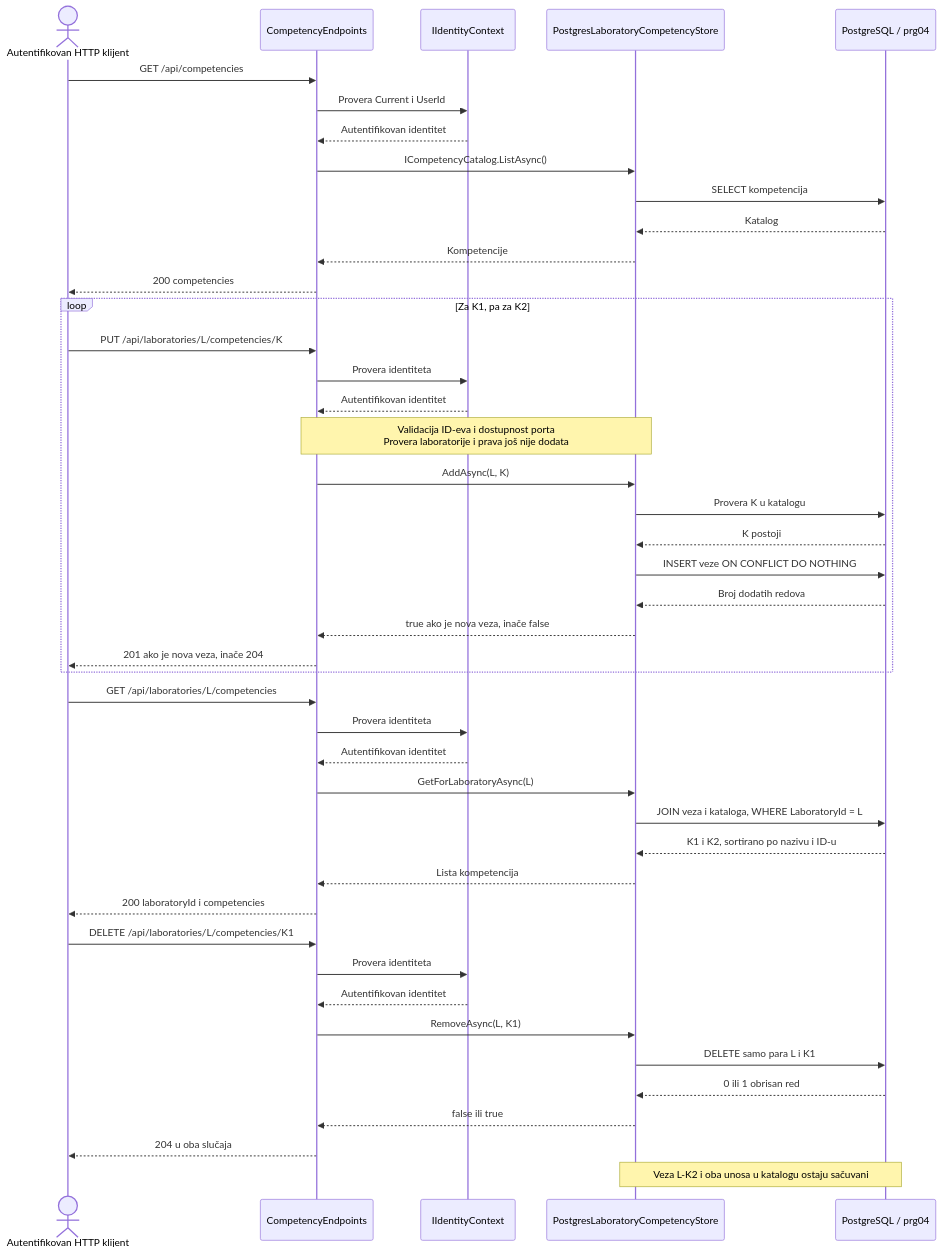
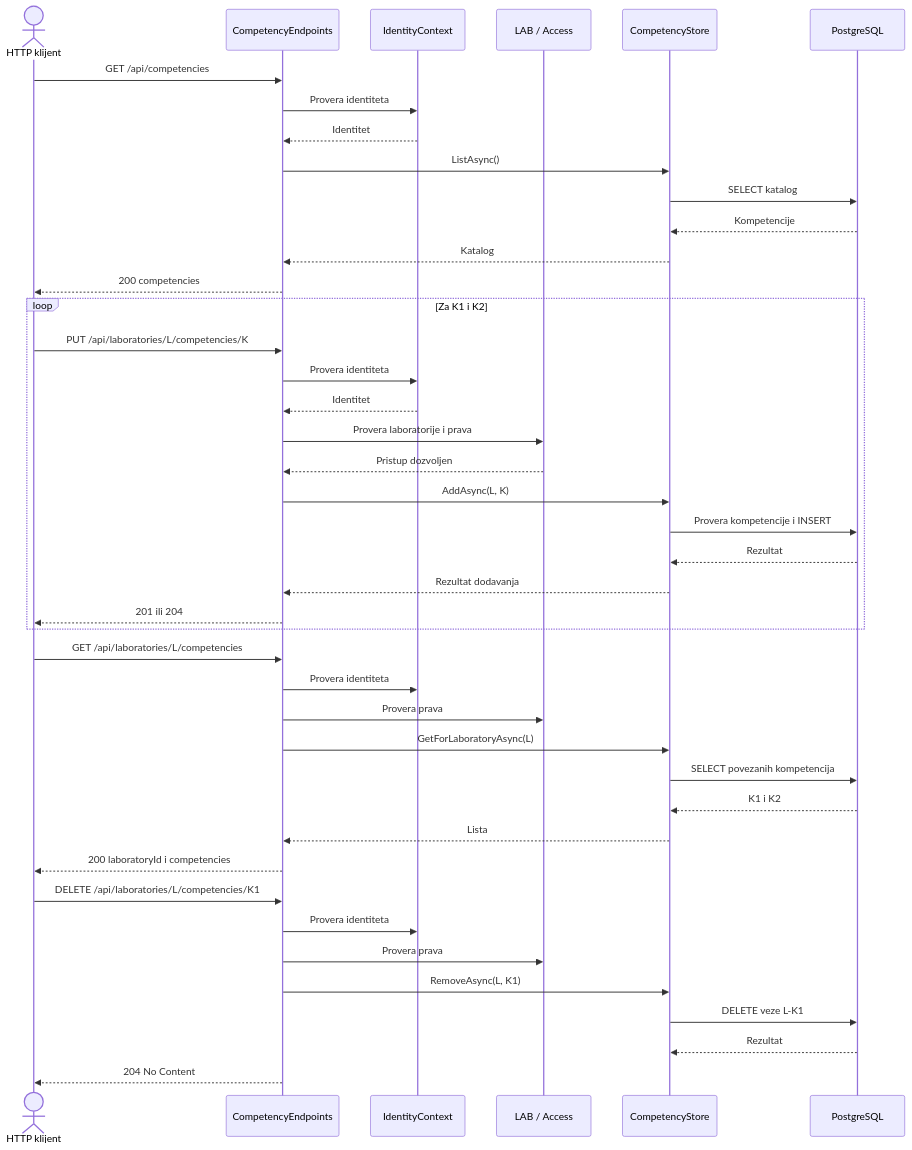
One commit to owlCoder/security-lab changed the second of 2 diagrams in docs/components/PRG-04-mapping.md. Above: the diagram before and after it, drawn with Mermaid. The commit also changed other lines of this file and 1 other file, not shown here.

Commit message:
docs: revise PRG-04 architecture documentation

````diff
--- a/docs/components/PRG-04-mapping.md
+++ b/docs/components/PRG-04-mapping.md
@@ -55,50 +68,48 @@
 ```mermaid
 sequenceDiagram
-  actor C as Autentifikovan HTTP klijent
+  actor C as HTTP klijent
   participant E as CompetencyEndpoints
-  participant I as IIdentityContext
-  participant S as PostgresLaboratoryCompetencyStore
-  participant DB as PostgreSQL / prg04
+  participant I as IdentityContext
+  participant A as LAB / Access
+  participant S as CompetencyStore
+  participant DB as PostgreSQL
 
   C->>E: GET /api/competencies
-  E->>I: Provera Current i UserId
-  I-->>E: Autentifikovan identitet
-  E->>S: ICompetencyCatalog.ListAsync()
-  S->>DB: SELECT kompetencija
-  DB-->>S: Katalog
-  S-->>E: Kompetencije
+  E->>I: Provera identiteta
+  I-->>E: Identitet
+  E->>S: ListAsync()
+  S->>DB: SELECT katalog
+  DB-->>S: Kompetencije
+  S-->>E: Katalog
   E-->>C: 200 competencies
 
-  loop Za K1, pa za K2
+  loop Za K1 i K2
     C->>E: PUT /api/laboratories/L/competencies/K
     E->>I: Provera identiteta
-    I-->>E: Autentifikovan identitet
-    Note over E,S: Validacija ID-eva i dostupnost porta<br/>Provera laboratorije i prava još nije dodata
+    I-->>E: Identitet
+    E->>A: Provera laboratorije i prava
+    A-->>E: Pristup dozvoljen
     E->>S: AddAsync(L, K)
-    S->>DB: Provera K u katalogu
-    DB-->>S: K postoji
-    S->>DB: INSERT veze ON CONFLICT DO NOTHING
-    DB-->>S: Broj dodatih redova
-    S-->>E: true ako je nova veza, inače false
-    E-->>C: 201 ako je nova veza, inače 204
+    S->>DB: Provera kompetencije i INSERT
+    DB-->>S: Rezultat
+    S-->>E: Rezultat dodavanja
+    E-->>C: 201 ili 204
   end
 
   C->>E: GET /api/laboratories/L/competencies
   E->>I: Provera identiteta
-  I-->>E: Autentifikovan identitet
+  E->>A: Provera prava
   E->>S: GetForLaboratoryAsync(L)
-  S->>DB: JOIN veza i kataloga, WHERE LaboratoryId = L
-  DB-->>S: K1 i K2, sortirano po nazivu i ID-u
-  S-->>E: Lista kompetencija
+  S->>DB: SELECT povezanih kompetencija
+  DB-->>S: K1 i K2
+  S-->>E: Lista
   E-->>C: 200 laboratoryId i competencies
 
   C->>E: DELETE /api/laboratories/L/competencies/K1
   E->>I: Provera identiteta
-  I-->>E: Autentifikovan identitet
+  E->>A: Provera prava
   E->>S: RemoveAsync(L, K1)
-  S->>DB: DELETE samo para L i K1
-  DB-->>S: 0 ili 1 obrisan red
-  S-->>E: false ili true
-  E-->>C: 204 u oba slučaja
-  Note over S,DB: Veza L-K2 i oba unosa u katalogu ostaju sačuvani
+  S->>DB: DELETE veze L-K1
+  DB-->>S: Rezultat
+  E-->>C: 204 No Content
 ```
````
